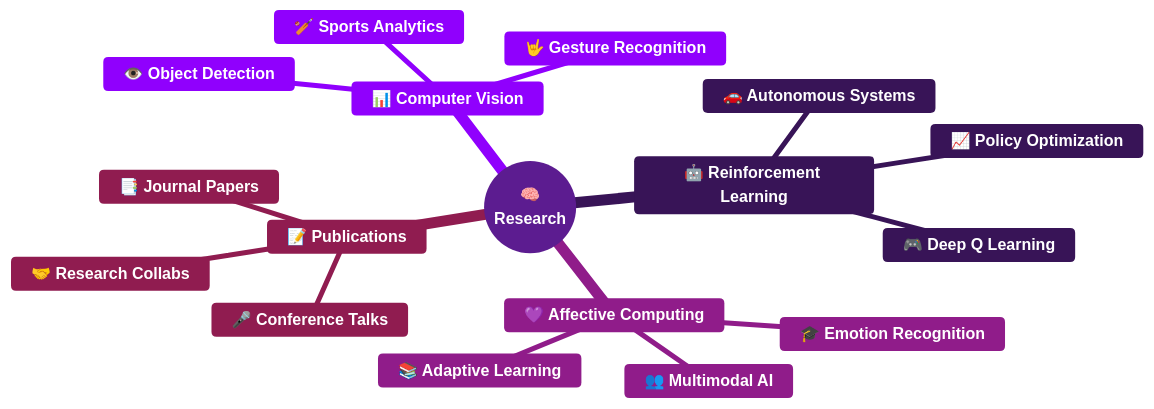
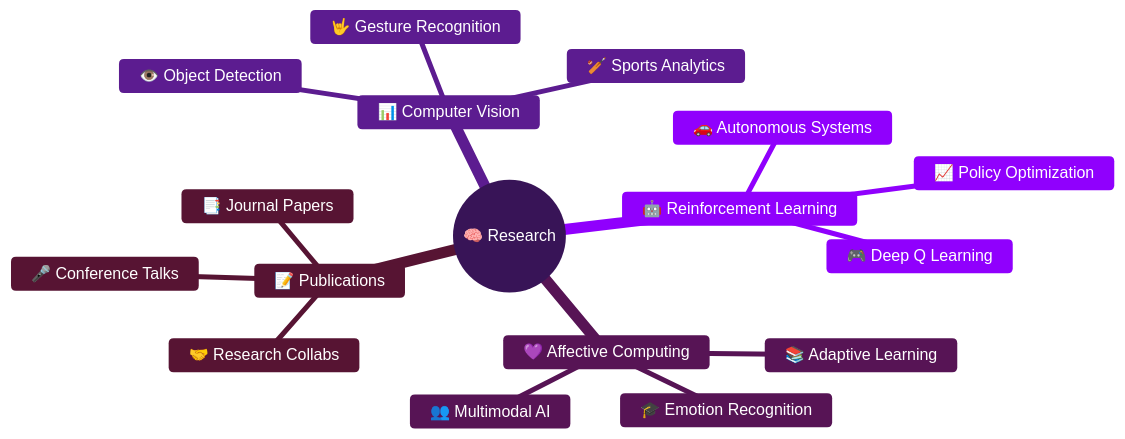
Before and after one commit to Lithigaj/Lithigaj: the diagram in README.md, drawn with Mermaid.

````diff
--- a/README.md
+++ b/README.md
@@ -155,40 +155,40 @@
 ```mermaid
 %%{init: {'theme': 'base', 'themeVariables': {
   'background': '#0D1117',
 
-  'primaryColor': '#9D4EDD',
-  'secondaryColor': '#C77DFF',
-  'tertiaryColor': '#7B2CBF',
+  'primaryColor': '#7B2CBF',
+  'secondaryColor': '#9D4EDD',
+  'tertiaryColor': '#C77DFF',
 
   'primaryBorderColor': '#E0AAFF',
-  'lineColor': '#C77DFF',
+  'lineColor': '#9D4EDD',
 
   'textColor': '#FFFFFF',
   'primaryTextColor': '#FFFFFF',
   'secondaryTextColor': '#FFFFFF',
   'tertiaryTextColor': '#FFFFFF',
 
-  'mindmapNodeBkg': '#9D4EDD',
-  'mindmapNodeBorder': '#E0AAFF',
-  'mindmapTextColor': '#FFFFFF'
+  'nodeTextColor': '#FFFFFF',
+  'mainBkg': '#7B2CBF',
+  'nodeBorder': '#E0AAFF'
 }}}%%
 
 mindmap
-  root((<b>🧠<br>Research</b>))
-    <b>📊 Computer Vision</b>
-      <b>🏏 Sports Analytics</b>
-      <b>🤟 Gesture Recognition</b>
-      <b>👁️ Object Detection</b>
-    <b>🤖 Reinforcement Learning</b>
-      <b>🚗 Autonomous Systems</b>
-      <b>🎮 Deep Q Learning</b>
-      <b>📈 Policy Optimization</b>
-    <b>💜 Affective Computing</b>
-      <b>🎓 Emotion Recognition</b>
-      <b>📚 Adaptive Learning</b>
-      <b>👥 Multimodal AI</b>
-    <b>📝 Publications</b>
-      <b>📑 Journal Papers</b>
-      <b>🎤 Conference Talks</b>
-      <b>🤝 Research Collabs</b>
+  root((🧠 Research))
+    📊 Computer Vision
+      🏏 Sports Analytics
+      🤟 Gesture Recognition
+      👁️ Object Detection
+    🤖 Reinforcement Learning
+      🚗 Autonomous Systems
+      🎮 Deep Q Learning
+      📈 Policy Optimization
+    💜 Affective Computing
+      🎓 Emotion Recognition
+      📚 Adaptive Learning
+      👥 Multimodal AI
+    📝 Publications
+      📑 Journal Papers
+      🎤 Conference Talks
+      🤝 Research Collabs
 ```
````
